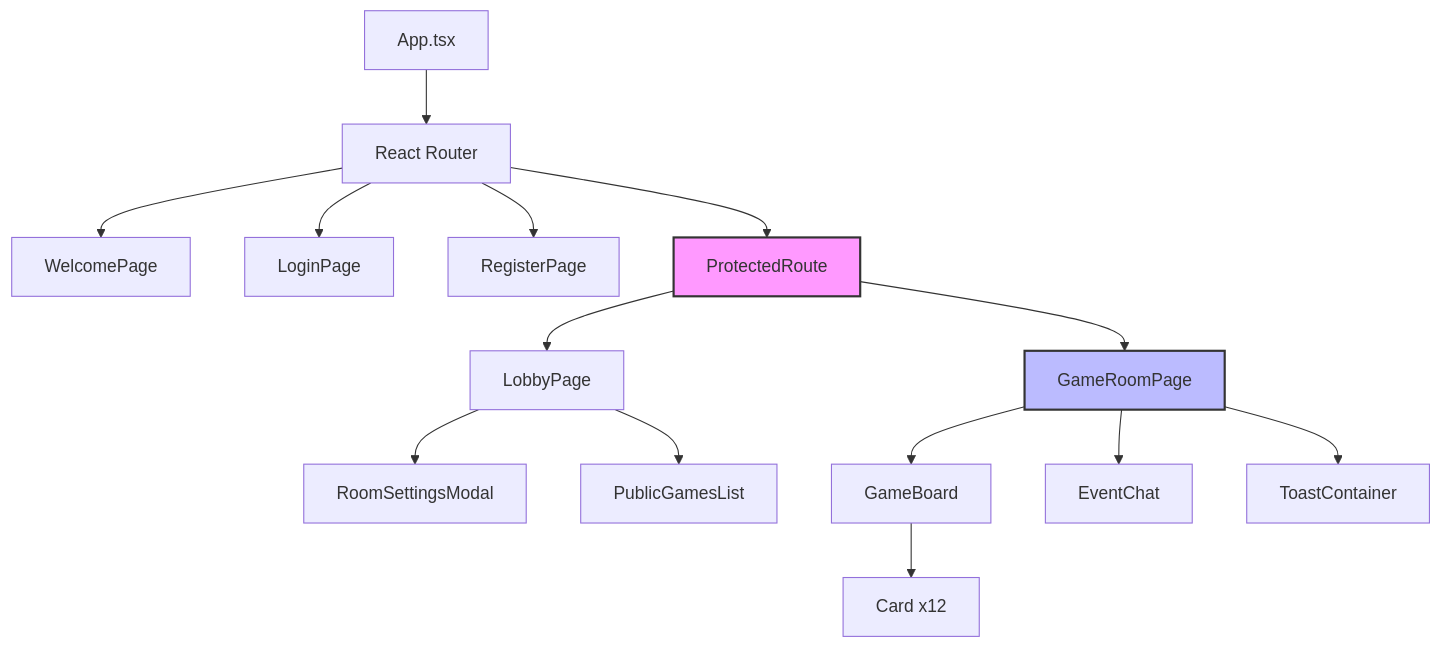
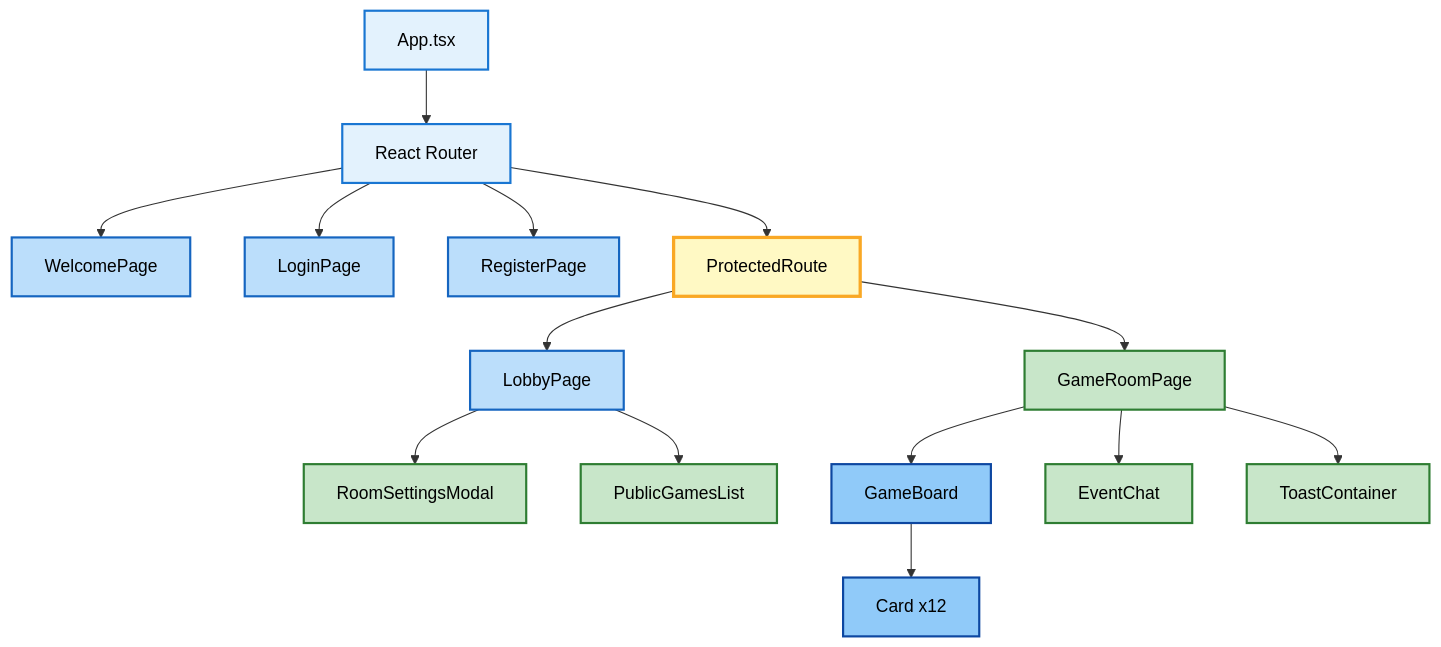
The first of 2 diagrams in frontend/README.md (hamza-berahma/set-game), drawn with Mermaid before and after one commit. The commit also changed other lines of this file and 7 other files, not shown here.

````diff
--- a/frontend/README.md
+++ b/frontend/README.md
@@ -131,24 +131,33 @@
 ```mermaid
 graph TD
     App[App.tsx] --> Router[React Router]
     
     Router --> Welcome[WelcomePage]
     Router --> Login[LoginPage]
     Router --> Register[RegisterPage]
     Router --> Protected[ProtectedRoute]
     
     Protected --> Lobby[LobbyPage]
     Protected --> GameRoom[GameRoomPage]
     
     Lobby --> RoomSettings[RoomSettingsModal]
     Lobby --> PublicGames[PublicGamesList]
     
     GameRoom --> GameBoard[GameBoard]
     GameRoom --> EventChat[EventChat]
     GameRoom --> Toast[ToastContainer]
     
     GameBoard --> Card[Card x12]
     
-    style Protected fill:#f9f,stroke:#333,stroke-width:2px
-    style GameRoom fill:#bbf,stroke:#333,stroke-width:2px
+    classDef app fill:#E3F2FD,stroke:#1976D2,stroke-width:2px,color:#000
+    classDef page fill:#BBDEFB,stroke:#1565C0,stroke-width:2px,color:#000
+    classDef protected fill:#FFF9C4,stroke:#F9A825,stroke-width:3px,color:#000
+    classDef component fill:#90CAF9,stroke:#0D47A1,stroke-width:2px,color:#000
+    classDef game fill:#C8E6C9,stroke:#2E7D32,stroke-width:2px,color:#000
+    
+    class App,Router app
+    class Welcome,Login,Register,Lobby page
+    class Protected protected
+    class GameRoom,RoomSettings,PublicGames,EventChat,Toast game
+    class GameBoard,Card component
 ```
````
